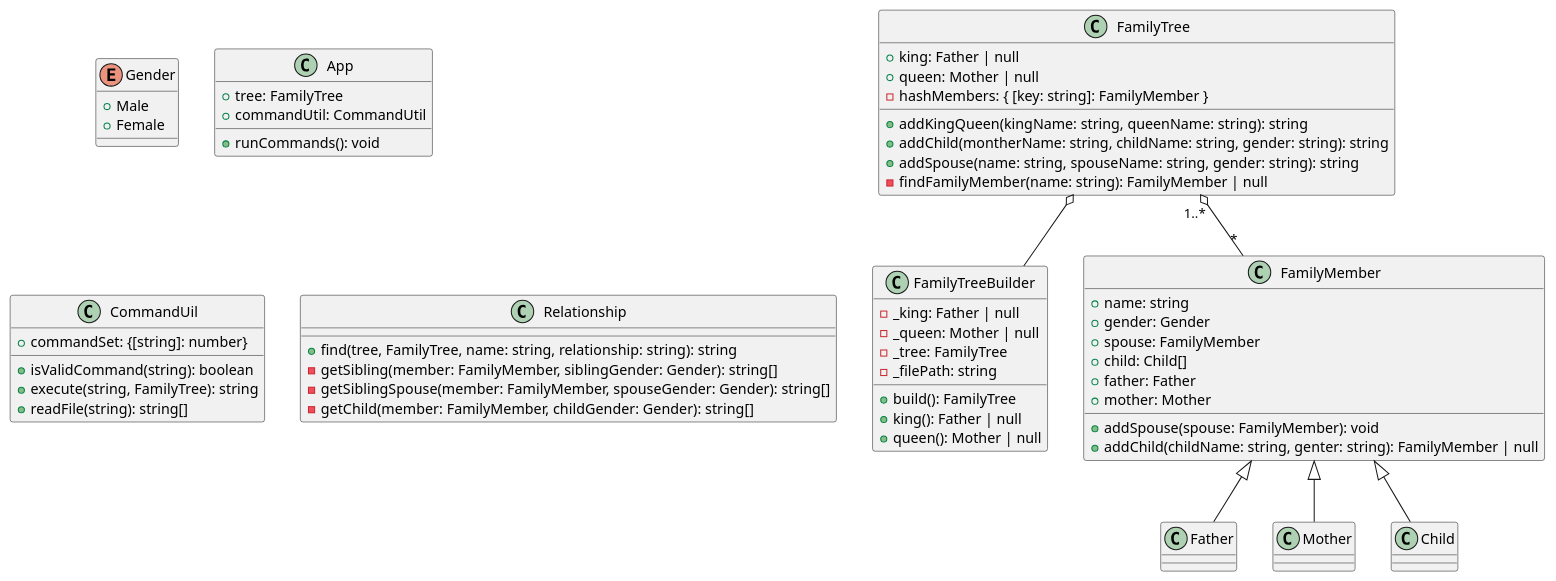
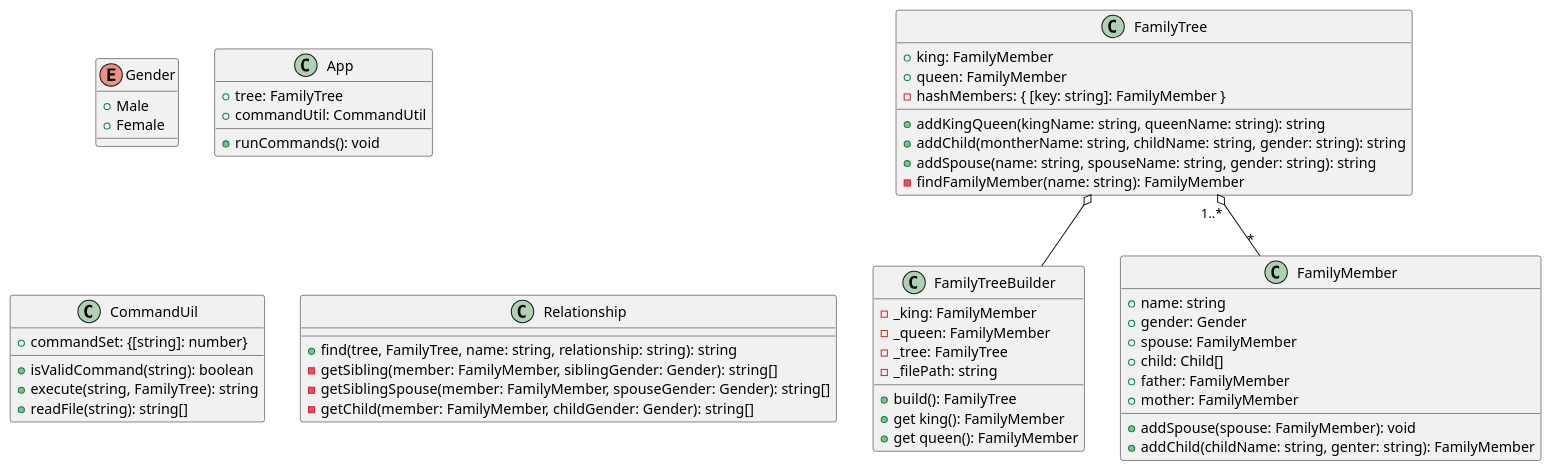
The diagram in uml/class-diagram.puml (evaou/family-tree), drawn with PlantUML before and after one commit. The commit also changed 1 other file, not shown here.

Commit message:
update class diagram

```diff
--- a/uml/class-diagram.puml
+++ b/uml/class-diagram.puml
@@ -1,75 +1,62 @@
 @startuml class diagram
 
 enum Gender {
     +Male
     +Female
 }
 
 class App {
     +tree: FamilyTree
     +commandUtil: CommandUtil
     +runCommands(): void
 }
 
 class CommandUil {
     +commandSet: {[string]: number}
     +isValidCommand(string): boolean
     +execute(string, FamilyTree): string
     +readFile(string): string[]
 }
 
 class Relationship {
     +find(tree, FamilyTree, name: string, relationship: string): string
     -getSibling(member: FamilyMember, siblingGender: Gender): string[]
     -getSiblingSpouse(member: FamilyMember, spouseGender: Gender): string[]
     -getChild(member: FamilyMember, childGender: Gender): string[]
 }
 
 class FamilyTreeBuilder {
-    -_king: Father | null
-    -_queen: Mother | null
+    -_king: FamilyMember
+    -_queen: FamilyMember
     -_tree: FamilyTree
     -_filePath: string
     +build(): FamilyTree
-    +king(): Father | null 
-    +queen(): Mother | null
+    +get king(): FamilyMember
+    +get queen(): FamilyMember
 }
 
 class FamilyTree {
-    +king: Father | null
-    +queen: Mother | null
+    +king: FamilyMember
+    +queen: FamilyMember
     -hashMembers: { [key: string]: FamilyMember }
     +addKingQueen(kingName: string, queenName: string): string 
     +addChild(montherName: string, childName: string, gender: string): string
     +addSpouse(name: string, spouseName: string, gender: string): string
-    -findFamilyMember(name: string): FamilyMember | null
+    -findFamilyMember(name: string): FamilyMember
 }
 
 class FamilyMember {
     +name: string
     +gender: Gender
     +spouse: FamilyMember
     +child: Child[]
-    +father: Father
-    +mother: Mother
+    +father: FamilyMember 
+    +mother: FamilyMember 
     +addSpouse(spouse: FamilyMember): void
-    +addChild(childName: string, genter: string): FamilyMember | null
-}
-
-class Father {
-}
-
-class Mother {
-}
-
-class Child {
+    +addChild(childName: string, genter: string): FamilyMember
 }
 
 FamilyTree "1..*" o-- "*" FamilyMember
 FamilyTree o-- FamilyTreeBuilder
 
-FamilyMember <|-- Father
-FamilyMember <|--  Mother
-FamilyMember <|--  Child
-
 @enduml
```
